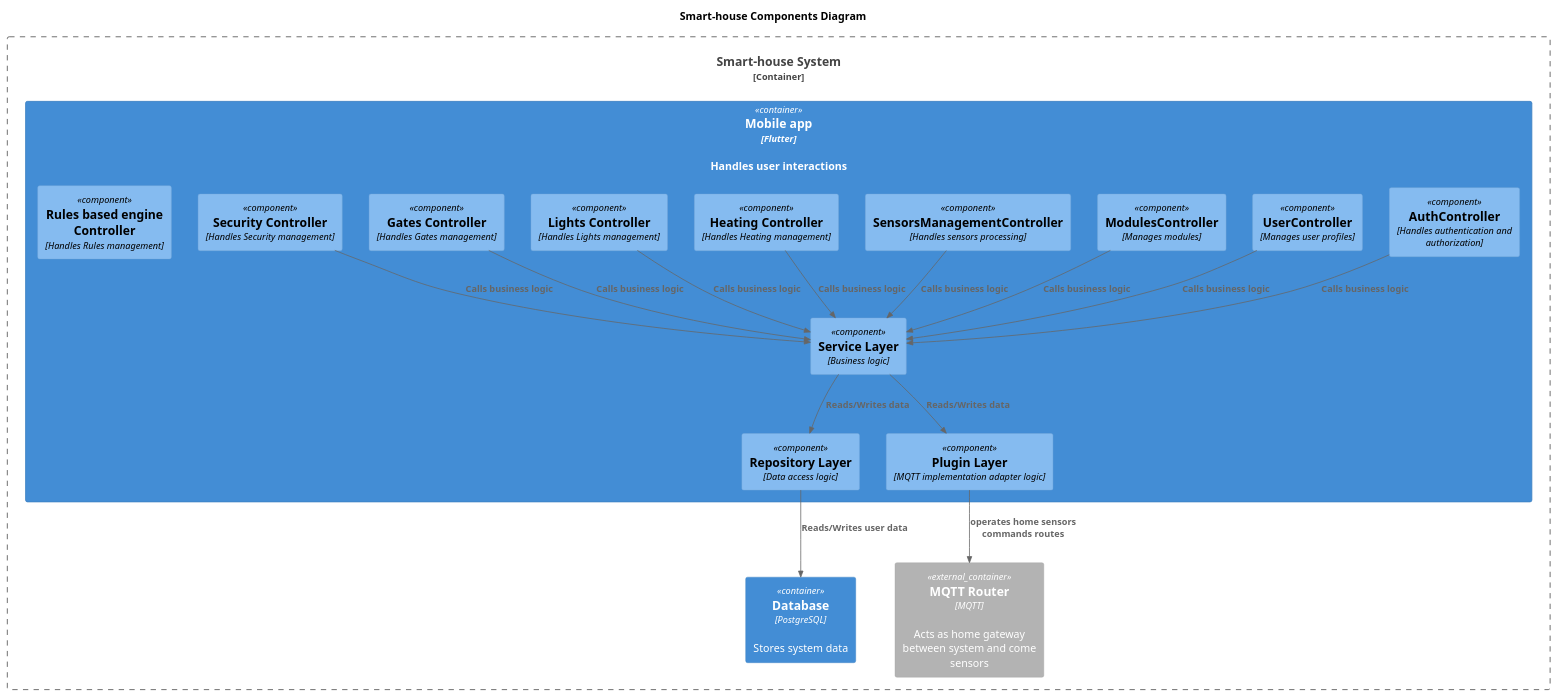
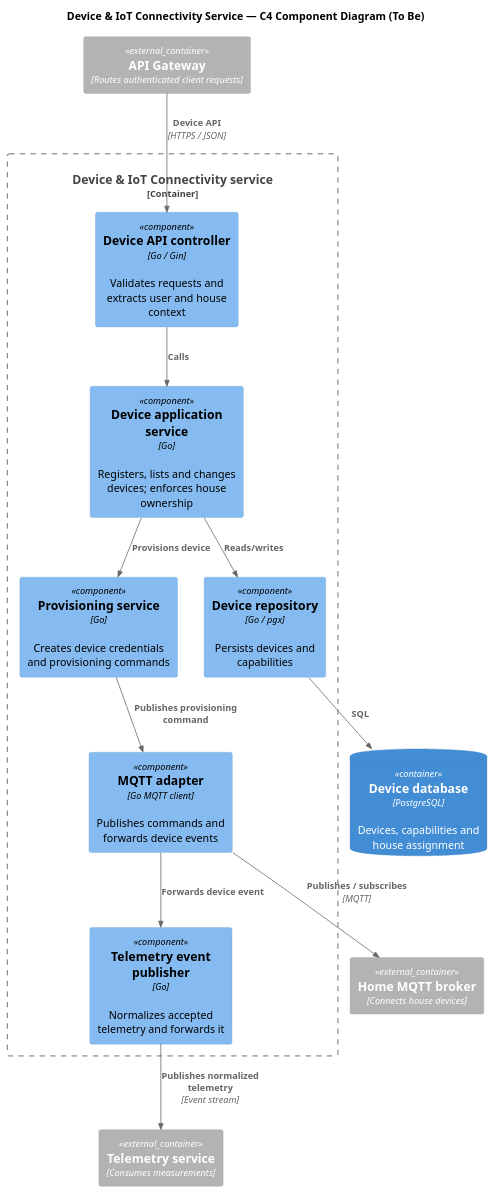
One commit to bormoley1983/architecture-warmhouse changed the diagram in docs/architecture/microservices/c4_components_smartHouse.puml. Above: the diagram before and after it, drawn with PlantUML. The commit also changed 6 other files, not shown here.

Commit message:
container diagram updated distinguishing all the major services required by PRD as "service". removing monolitycal representation

```diff
--- a/docs/architecture/microservices/c4_components_smartHouse.puml
+++ b/docs/architecture/microservices/c4_components_smartHouse.puml
@@ -1,43 +1,30 @@
 @startuml
-
-title Smart-house Components Diagram
+title Device & IoT Connectivity Service — C4 Component Diagram (To Be)
 
 top to bottom direction
-
 !includeurl https://raw.githubusercontent.com/plantuml-stdlib/C4-PlantUML/master/C4_Component.puml
 
-Container_Boundary(SmartHouseSystem, "Smart-house System") {
-  Container(App, "Mobile app", "Flutter", "Handles user interactions")
-  Container(Database, "Database", "PostgreSQL", "Stores system data")
-  Container_Ext(MQTTRouter, "MQTT Router", "MQTT", "Acts as home gateway between system and come sensors")
-  Container_Ext(MQTTRouter, "MQTT Router", "MQTT", "Acts as home gateway between system and come sensors")
+Container_Ext(gateway, "API Gateway", "Routes authenticated client requests")
+Container_Ext(mqttBroker, "Home MQTT broker", "Connects house devices")
+ContainerDb(deviceDb, "Device database", "PostgreSQL", "Devices, capabilities and house assignment")
+Container_Ext(telemetryService, "Telemetry service", "Consumes measurements")
+
+Container_Boundary(iotService, "Device & IoT Connectivity service") {
+  Component(deviceController, "Device API controller", "Go / Gin", "Validates requests and extracts user and house context")
+  Component(deviceApplicationService, "Device application service", "Go", "Registers, lists and changes devices; enforces house ownership")
+  Component(provisioningService, "Provisioning service", "Go", "Creates device credentials and provisioning commands")
+  Component(deviceRepository, "Device repository", "Go / pgx", "Persists devices and capabilities")
+  Component(mqttAdapter, "MQTT adapter", "Go MQTT client", "Publishes commands and forwards device events")
+  Component(telemetryPublisher, "Telemetry event publisher", "Go", "Normalizes accepted telemetry and forwards it")
 }
 
-Container(App, "Mobile app", "Flutter") {
-  Component(AuthController, "AuthController", "Handles authentication and authorization")
-  Component(UserController, "UserController", "Manages user profiles")
-  Component(ModulesController, "ModulesController", "Manages modules")
-  Component(SensorsManagementController, "SensorsManagementController", "Handles sensors processing")
-  Component(HeatingController, "Heating Controller", "Handles Heating management")
-  Component(LightsController, "Lights Controller", "Handles Lights management")
-  Component(GatesController, "Gates Controller", "Handles Gates management")
-  Component(SecurityController, "Security Controller", "Handles Security management")
-  Component(RBEController, "Rules based engine Controller", "Handles Rules management")
-  Component(ServiceLayer, "Service Layer", "Business logic")
-  Component(RepositoryLayer, "Repository Layer", "Data access logic")
-  Component(PluginLayer, "Plugin Layer", "MQTT implementation adapter logic")
-}
-
-Rel(AuthController,ServiceLayer,"Calls business logic")
-Rel(UserController,ServiceLayer,"Calls business logic")
-Rel(ModulesController,ServiceLayer,"Calls business logic")
-Rel(SensorsManagementController,ServiceLayer,"Calls business logic")
-Rel(HeatingController,ServiceLayer,"Calls business logic")
-Rel(LightsController,ServiceLayer,"Calls business logic")
-Rel(GatesController,ServiceLayer,"Calls business logic")
-Rel(SecurityController,ServiceLayer,"Calls business logic")
-Rel(ServiceLayer,RepositoryLayer,"Reads/Writes data")
-Rel(ServiceLayer,PluginLayer,"Reads/Writes data")
-Rel(RepositoryLayer,Database,"Reads/Writes user data")
-Rel(PluginLayer,MQTTRouter,"operates home sensors commands routes")
+Rel(gateway, deviceController, "Device API", "HTTPS / JSON")
+Rel(deviceController, deviceApplicationService, "Calls")
+Rel(deviceApplicationService, provisioningService, "Provisions device")
+Rel(deviceApplicationService, deviceRepository, "Reads/writes")
+Rel(deviceRepository, deviceDb, "SQL")
+Rel(provisioningService, mqttAdapter, "Publishes provisioning command")
+Rel(mqttAdapter, mqttBroker, "Publishes / subscribes", "MQTT")
+Rel(mqttAdapter, telemetryPublisher, "Forwards device event")
+Rel(telemetryPublisher, telemetryService, "Publishes normalized telemetry", "Event stream")
 @enduml
```
